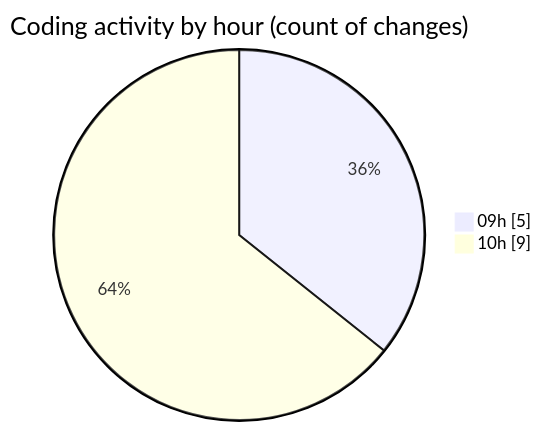
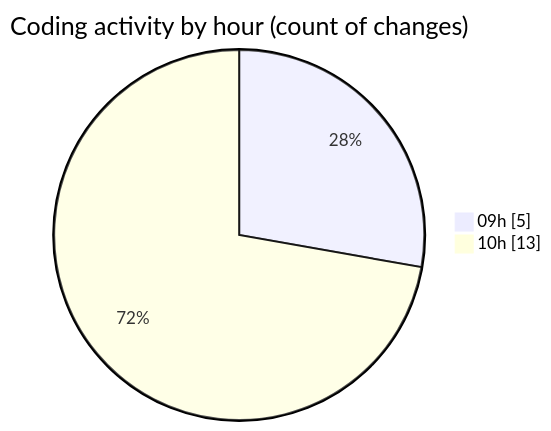
The second of 2 diagrams in 2026-06-03/cilapp/README.md (ricardozamudiocil/code-tracking), drawn with Mermaid before and after one commit. The commit also changed other lines of this file and 1 other file, not shown here.

````diff
--- a/2026-06-03/cilapp/README.md
+++ b/2026-06-03/cilapp/README.md
@@ -31,6 +31,6 @@
 ```mermaid
 pie showData
 title Coding activity by hour (count of changes)
 "09h" : 5
-"10h" : 9
+"10h" : 13
 ```
````
